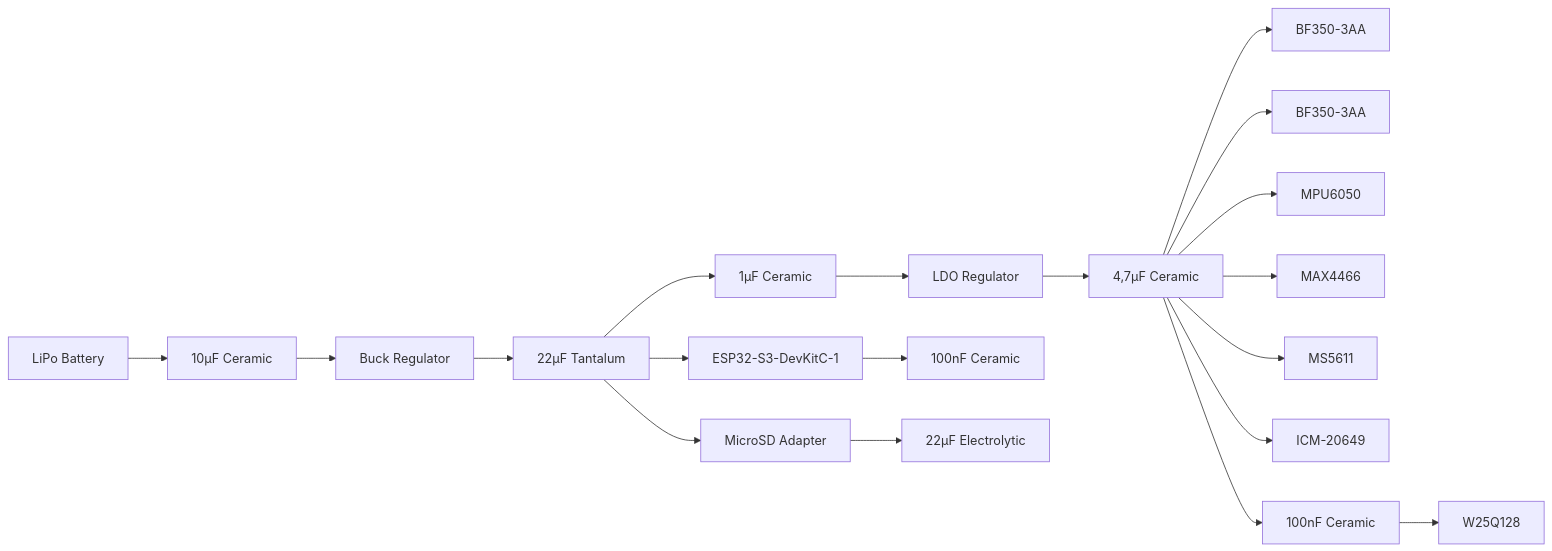
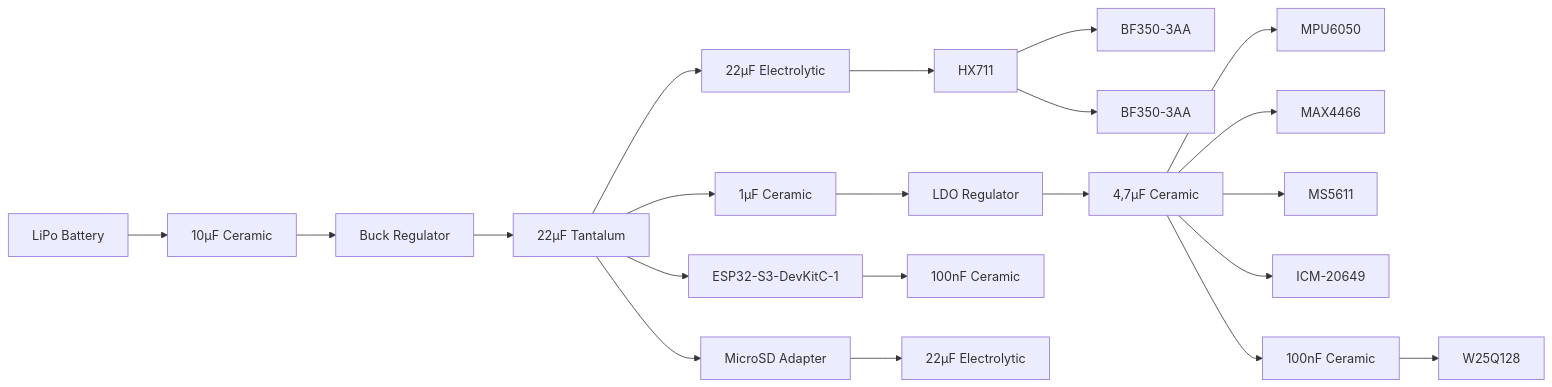
Before and after one commit to Volta-Rocketry/ELH-02: the diagram in docs/technical/#6 Final Power Architecture and Budget.md, drawn with Mermaid. The commit also changed other lines of this file, not shown here.

````diff
--- a/docs/technical/#6 Final Power Architecture and Budget.md
+++ b/docs/technical/#6 Final Power Architecture and Budget.md
@@ -133,42 +143,46 @@
 ```mermaid
 flowchart LR
     LiPo[LiPo Battery]
     BUCK[Buck Regulator]
     LDO[LDO Regulator]
     MCU[ESP32-S3-DevKitC-1]
     BULK[BF350-3AA]
     AIRFRAME1[BF350-3AA]
     AIRFRAME2[MPU6050]
     MIC[MAX4466]
     ALT[MS5611]
     IMU[ICM-20649]
     FLASH[W25Q128]
     SD[MicroSD Adapter]
+    HX[HX711]
     C1[10µF Ceramic]
     C2[22µF Tantalum]
     C3[1µF Ceramic]
     C4[4,7µF Ceramic]
     C5[100nF Ceramic]
     C6[22µF Electrolytic]
     C7[100nF Ceramic]
+    C8[22µF Electrolytic]
 
     LiPo --> C1 
     C1 --> BUCK
     BUCK --> C2
     C2 --> MCU
     C2 --> SD
     C2  --> C3
+    C2 --> C8
+    C8 --> HX
+    HX --> AIRFRAME1
+    HX --> BULK
     MCU --> C5
     SD --> C6
     C3 --> LDO
     LDO --> C4
-    C4 --> BULK
-    C4 --> AIRFRAME1
     C4 --> AIRFRAME2
     C4 --> MIC
     C4 --> ALT
     C4 --> IMU
     C4 --> C7 
     C7 --> FLASH
 
 ```
````
